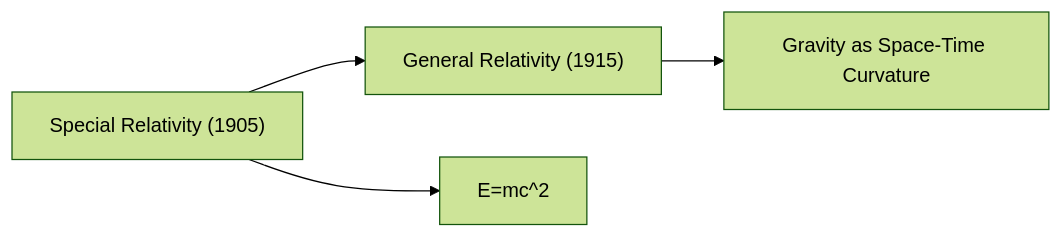
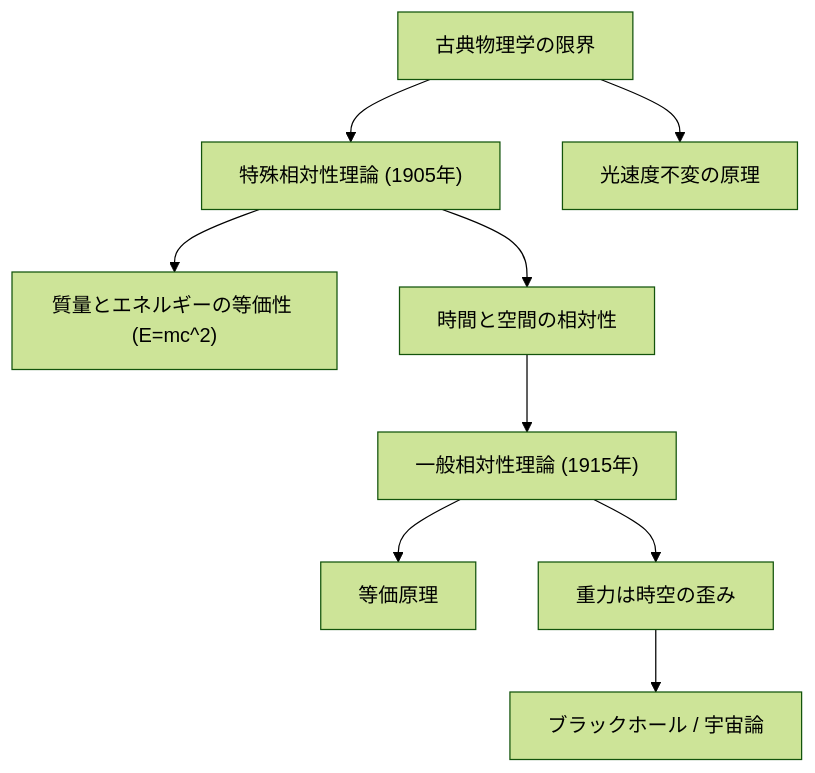
Before and after one commit to kenjinote/blog: the diagram in content/post/physics-relativity/index.md, drawn with Mermaid (forest theme). The commit also changed other lines of this file and 276 other files, not shown here.

````diff
--- a/content/post/physics-relativity/index.md
+++ b/content/post/physics-relativity/index.md
@@ -14,6 +16,11 @@
 ```mermaid
-graph LR
-    A["Special Relativity (1905)"] --> B["General Relativity (1915)"]
-    A --> C["E=mc^2"]
-    B --> D["Gravity as Space-Time Curvature"]
+graph TD
+    A["古典物理学の限界"] --> B["特殊相対性理論 (1905年)"]
+    A --> C["光速度不変の原理"]
+    B --> D["質量とエネルギーの等価性 (E=mc^2)"]
+    B --> E["時間と空間の相対性"]
+    E --> F["一般相対性理論 (1915年)"]
+    F --> G["等価原理"]
+    F --> H["重力は時空の歪み"]
+    H --> I["ブラックホール / 宇宙論"]
 ```
````
